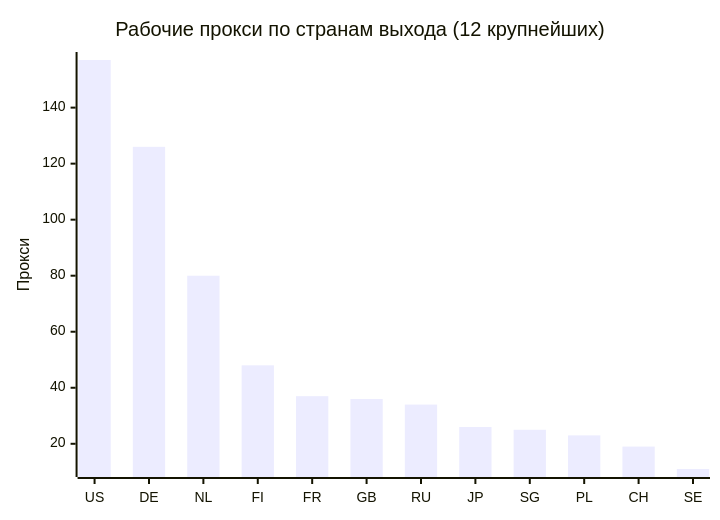
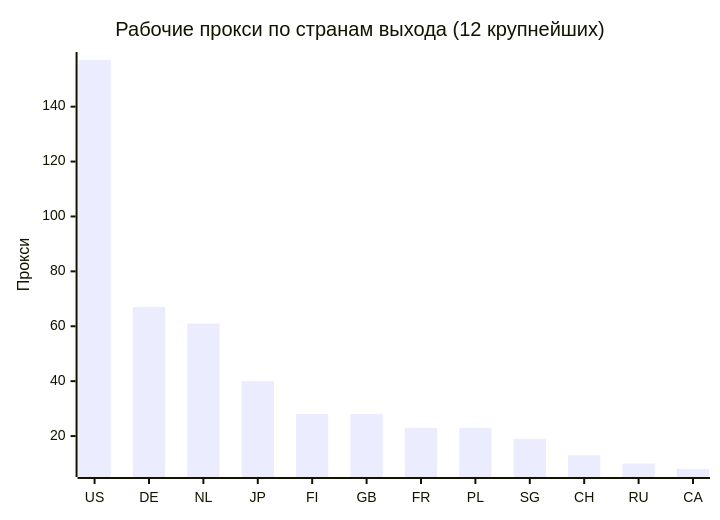
Before and after one commit to rvvg/proxy-subs: the second of 4 diagrams in README.md, drawn with Mermaid. The commit also changed other lines of this file and 55 other files, not shown here.

````diff
--- a/README.md
+++ b/README.md
@@ -134,7 +129,7 @@
 ```mermaid
 xychart-beta
     title "Рабочие прокси по странам выхода (12 крупнейших)"
-    x-axis ["US", "DE", "NL", "FI", "FR", "GB", "RU", "JP", "SG", "PL", "CH", "SE"]
+    x-axis ["US", "DE", "NL", "JP", "FI", "GB", "FR", "PL", "SG", "CH", "RU", "CA"]
     y-axis "Прокси"
-    bar [157, 126, 80, 48, 37, 36, 34, 26, 25, 23, 19, 11]
+    bar [157, 67, 61, 40, 28, 28, 23, 23, 19, 13, 10, 8]
 ```
````
